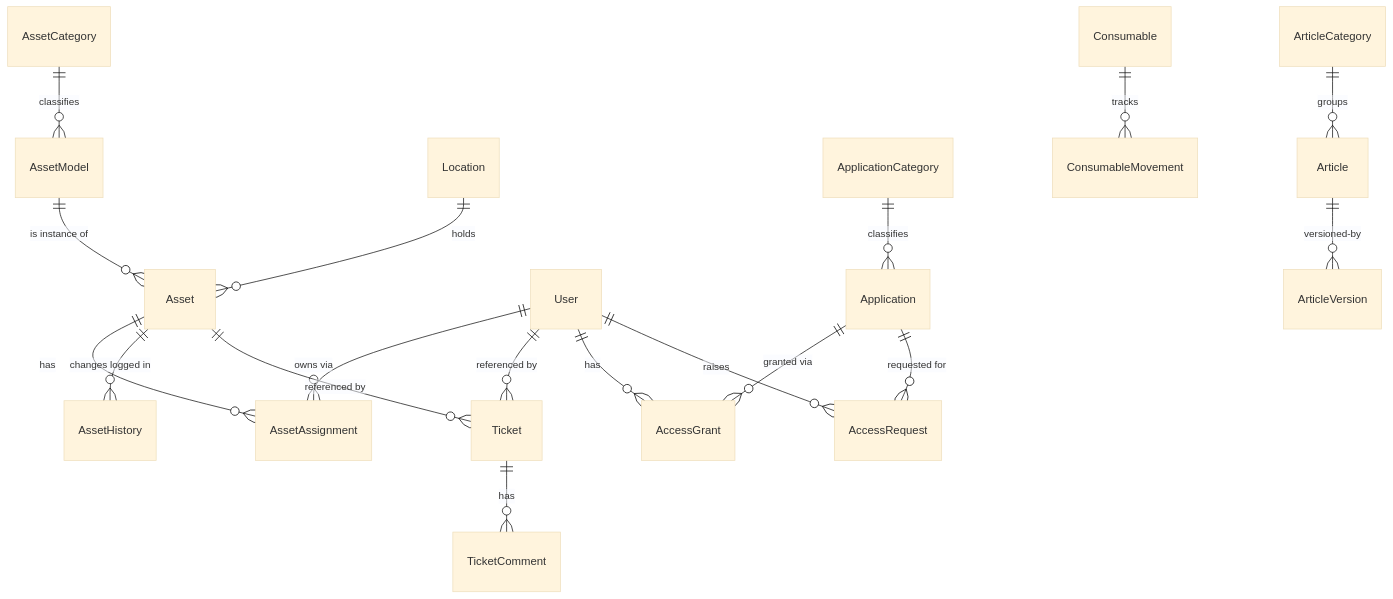
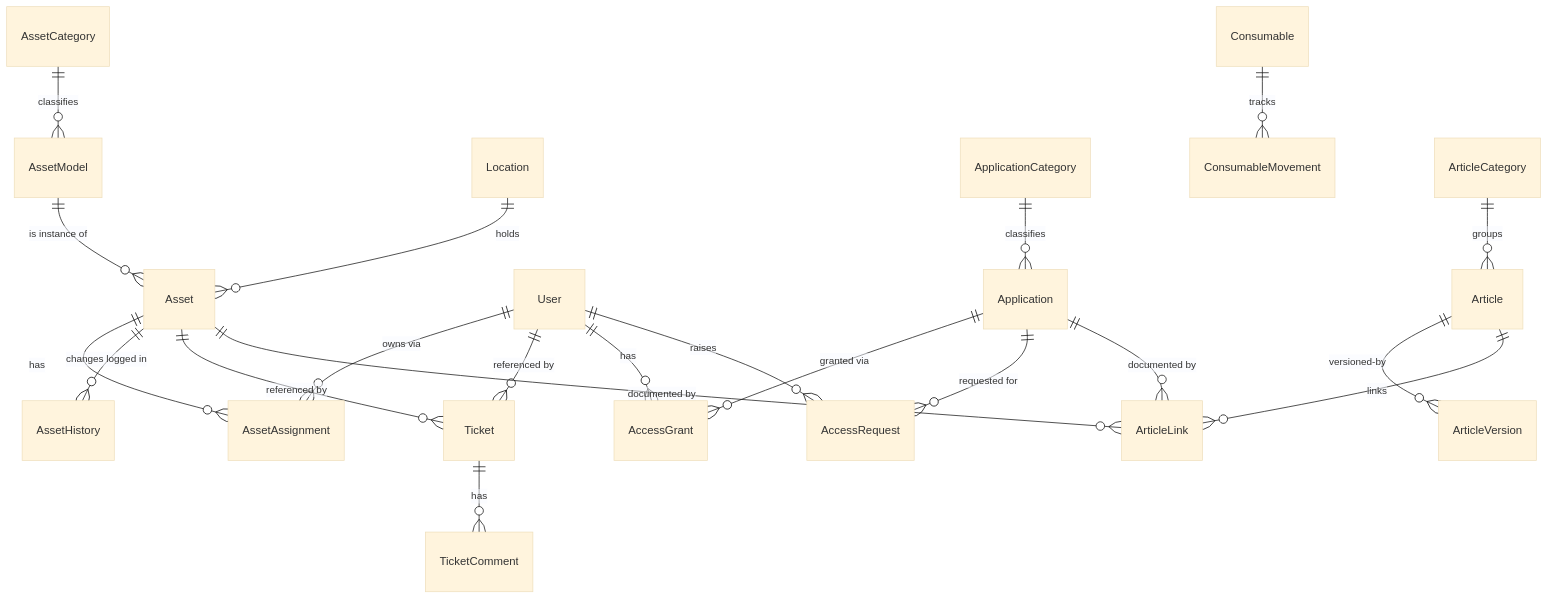
One commit to joacominatel/lazyit changed the diagram in docs/02-domain/_MOC.md. Above: the diagram before and after it, drawn with Mermaid (base theme). The commit also changed other lines of this file and 8 other files, not shown here.

````diff
--- a/docs/02-domain/_MOC.md
+++ b/docs/02-domain/_MOC.md
@@ -20,20 +20,23 @@
 ```mermaid
 erDiagram
     AssetCategory ||--o{ AssetModel : classifies
     AssetModel ||--o{ Asset : "is instance of"
     Location ||--o{ Asset : holds
     Asset ||--o{ AssetAssignment : has
     User ||--o{ AssetAssignment : "owns via"
     Asset ||--o{ AssetHistory : "changes logged in"
     Asset ||--o{ Ticket : "referenced by"
     User ||--o{ Ticket : "referenced by"
     Ticket ||--o{ TicketComment : has
     ApplicationCategory ||--o{ Application : classifies
     Application ||--o{ AccessGrant : "granted via"
     User ||--o{ AccessGrant : has
     Application ||--o{ AccessRequest : "requested for"
     User ||--o{ AccessRequest : raises
     Consumable ||--o{ ConsumableMovement : tracks
     ArticleCategory ||--o{ Article : groups
     Article ||--o{ ArticleVersion : versioned-by
+    Article ||--o{ ArticleLink : links
+    Asset ||--o{ ArticleLink : "documented by"
+    Application ||--o{ ArticleLink : "documented by"
 ```
````
